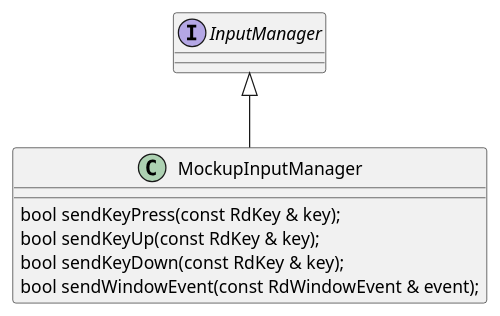
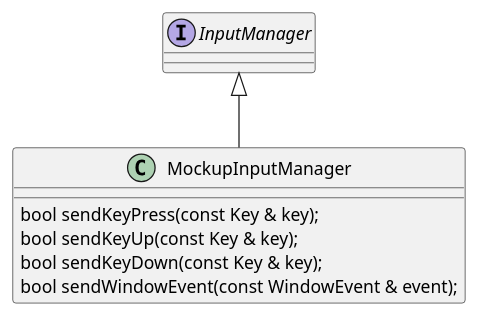
One commit to asrob-uc3m/robotDevastation-developer-manual changed the second of 2 diagrams in en/input-management/input-manager.md. Above: the diagram before and after it, drawn with PlantUML. The commit also changed other lines of this file and 9 other files, not shown here.

```diff
--- a/en/input-management/input-manager.md
+++ b/en/input-management/input-manager.md
@@ -35,11 +35,11 @@
 {% plantuml %}
 interface InputManager 
 class MockupInputManager {
-bool sendKeyPress(const RdKey & key);
-bool sendKeyUp(const RdKey & key);
-bool sendKeyDown(const RdKey & key);
-bool sendWindowEvent(const RdWindowEvent & event);
+bool sendKeyPress(const Key & key);
+bool sendKeyUp(const Key & key);
+bool sendKeyDown(const Key & key);
+bool sendWindowEvent(const WindowEvent & event);
 }
 
 InputManager <|-- MockupInputManager
 {% endplantuml %}
```
